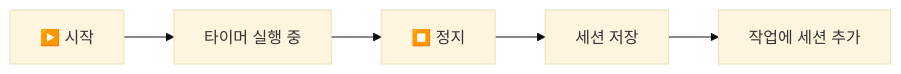
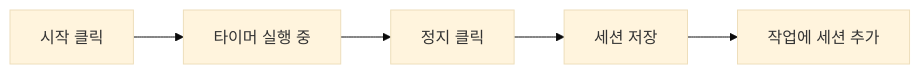
The first of 3 diagrams in src/docs/daily-record.md (serbi2012/time-manager), drawn with Mermaid (base theme) before and after one commit. The commit also changed other lines of this file and 8 other files, not shown here.

````diff
--- a/src/docs/daily-record.md
+++ b/src/docs/daily-record.md
@@ -51,7 +97,7 @@
 ```mermaid
 flowchart LR
-    A[▶️ 시작] --> B[타이머 실행 중]
-    B --> C[⏹️ 정지]
+    A[시작 클릭] --> B[타이머 실행 중]
+    B --> C[정지 클릭]
     C --> D[세션 저장]
     D --> E[작업에 세션 추가]
 ```
````
